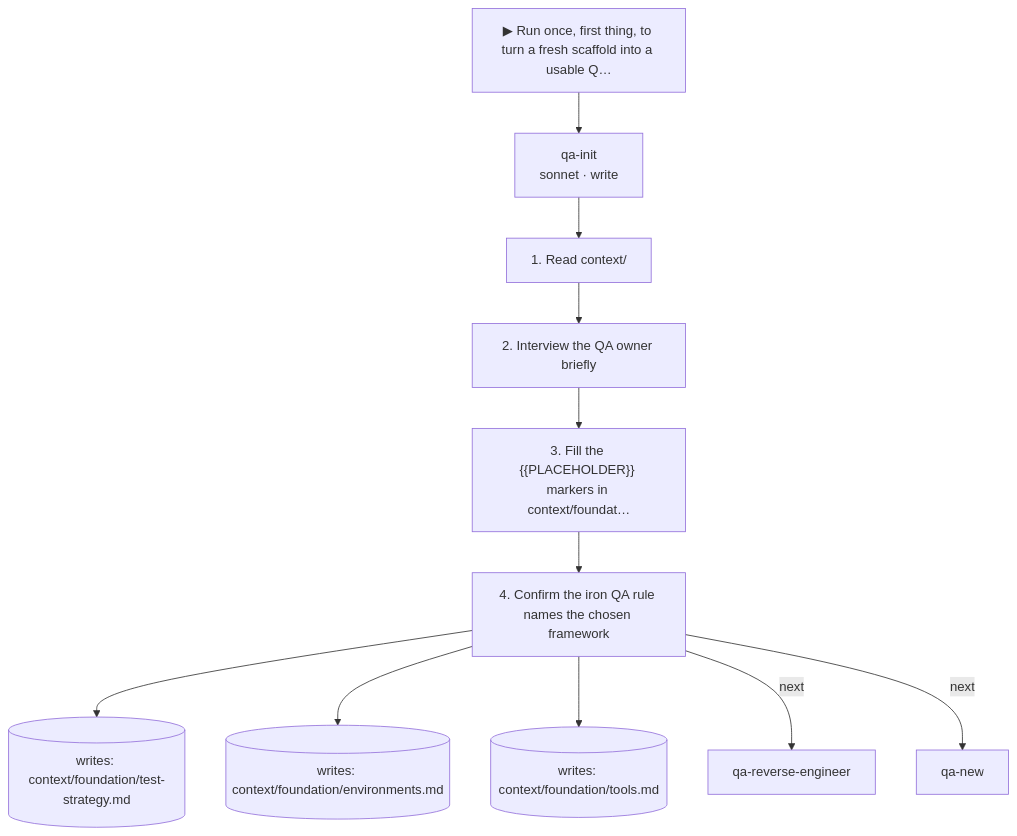
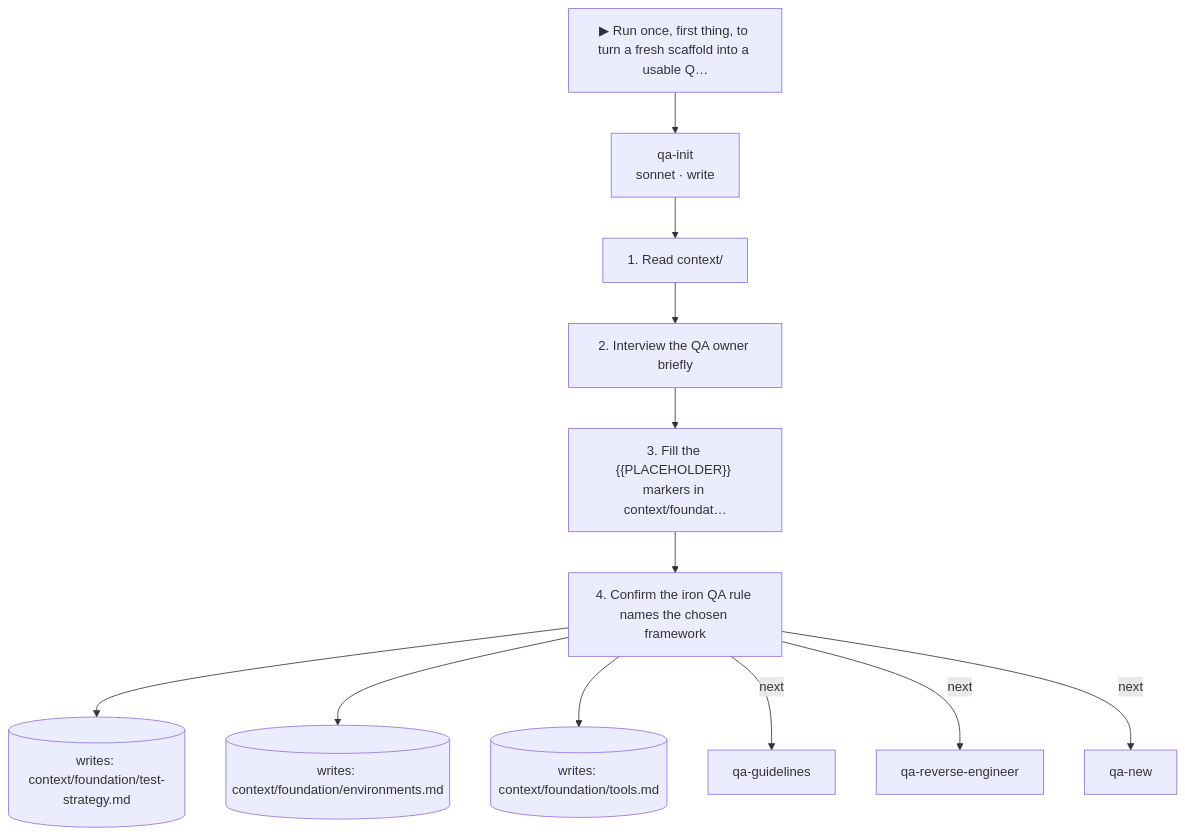
One commit to Assamir/ai-process-orchestration changed the fifth of 29 diagrams in docs/skill-catalog.md. Above: the diagram before and after it, drawn with Mermaid. The commit also changed other lines of this file and 10 other files, not shown here.

````diff
--- a/docs/skill-catalog.md
+++ b/docs/skill-catalog.md
@@ -185,22 +189,23 @@
 ```mermaid
 flowchart TD
   trig["▶ Run once, first thing, to turn a fresh scaffold into a usable Q…"]
   qa_init["qa-init<br/>sonnet · write"]
   trig --> qa_init
   s0["1. Read context/"]
   qa_init --> s0
   s1["2. Interview the QA owner briefly"]
   s0 --> s1
   s2["3. Fill the {{PLACEHOLDER}} markers in context/foundat…"]
   s1 --> s2
   s3["4. Confirm the iron QA rule names the chosen framework"]
   s2 --> s3
   w0[("writes: context/foundation/test-strategy.md")]
   s3 --> w0
   w1[("writes: context/foundation/environments.md")]
   s3 --> w1
   w2[("writes: context/foundation/tools.md")]
   s3 --> w2
+  s3 -->|next| qa_guidelines["qa-guidelines"]
   s3 -->|next| qa_reverse_engineer["qa-reverse-engineer"]
   s3 -->|next| qa_new["qa-new"]
 ```
````
